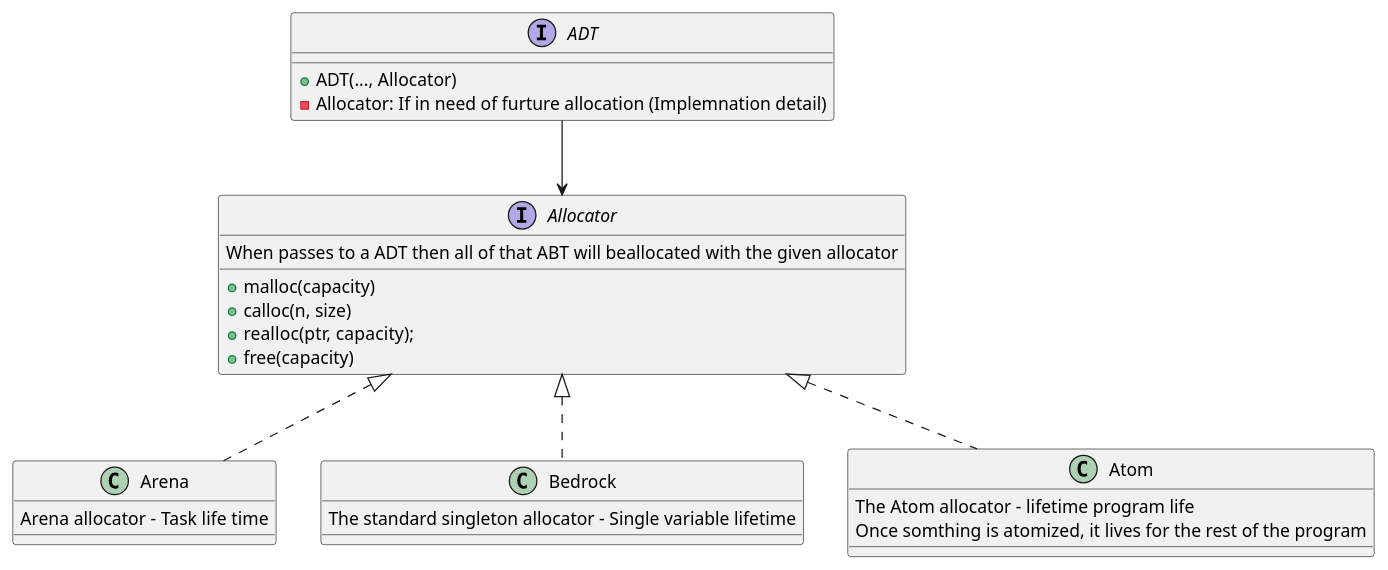
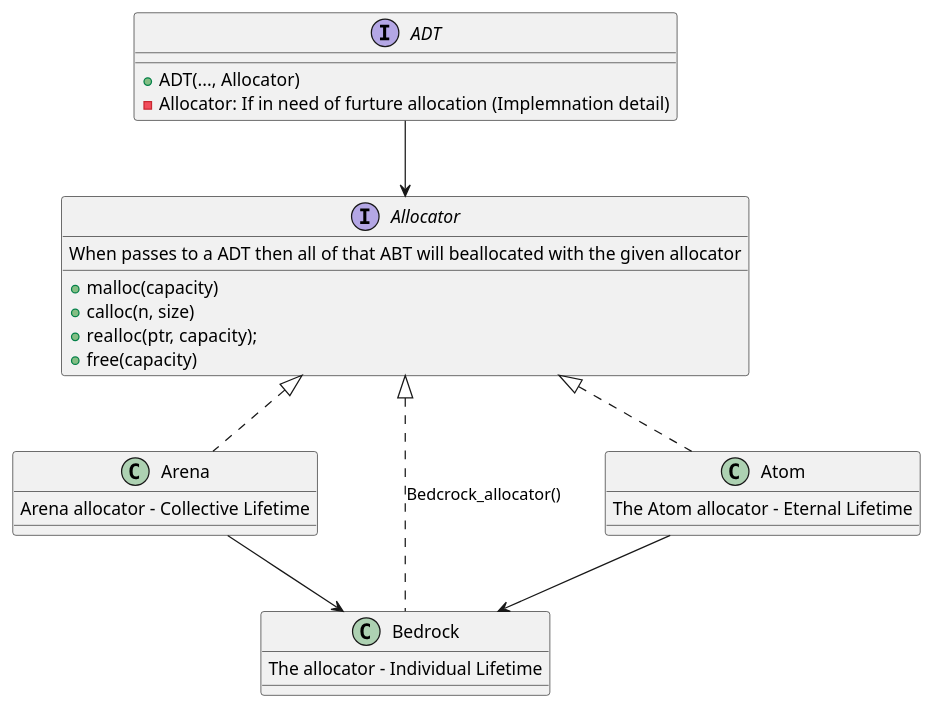
One commit to daplhall/GraphicsProject changed the diagram in docs/alloc/allocator.puml. Above: the diagram before and after it, drawn with PlantUML. The commit also changed 1 other file, not shown here.

Commit message:
added allocator svg

```diff
--- a/docs/alloc/allocator.puml
+++ b/docs/alloc/allocator.puml
@@ -1,34 +1,34 @@
 @startuml Allocator
     top to bottom direction
 
     interface Allocator{
         When passes to a ADT then all of that ABT will beallocated with the given allocator
         + malloc(capacity)        
         + calloc(n, size)
         + realloc(ptr, capacity);  
         + free(capacity)        
     }
     interface ADT{
         + ADT(..., Allocator)
         - Allocator: If in need of furture allocation (Implemnation detail)
     }
     
     class Arena{
-        Arena allocator - Task life time
+        Arena allocator - Collective Lifetime
     }
     class Bedrock{
-        The standard singleton allocator - Single variable lifetime
-
+        The allocator - Individual Lifetime
     }
     class Atom {
-        The Atom allocator - lifetime program life
-        Once somthing is atomized, it lives for the rest of the program
+        The Atom allocator - Eternal Lifetime
     }
 
     
     ADT --> Allocator
     Arena .up.|> Allocator
-    Bedrock .up.|> Allocator
+    Bedrock .up.|> Allocator : Bedcrock_allocator()
     Atom .up.|> Allocator
+    Arena --> Bedrock
+    Atom --> Bedrock
     
 @enduml
```
